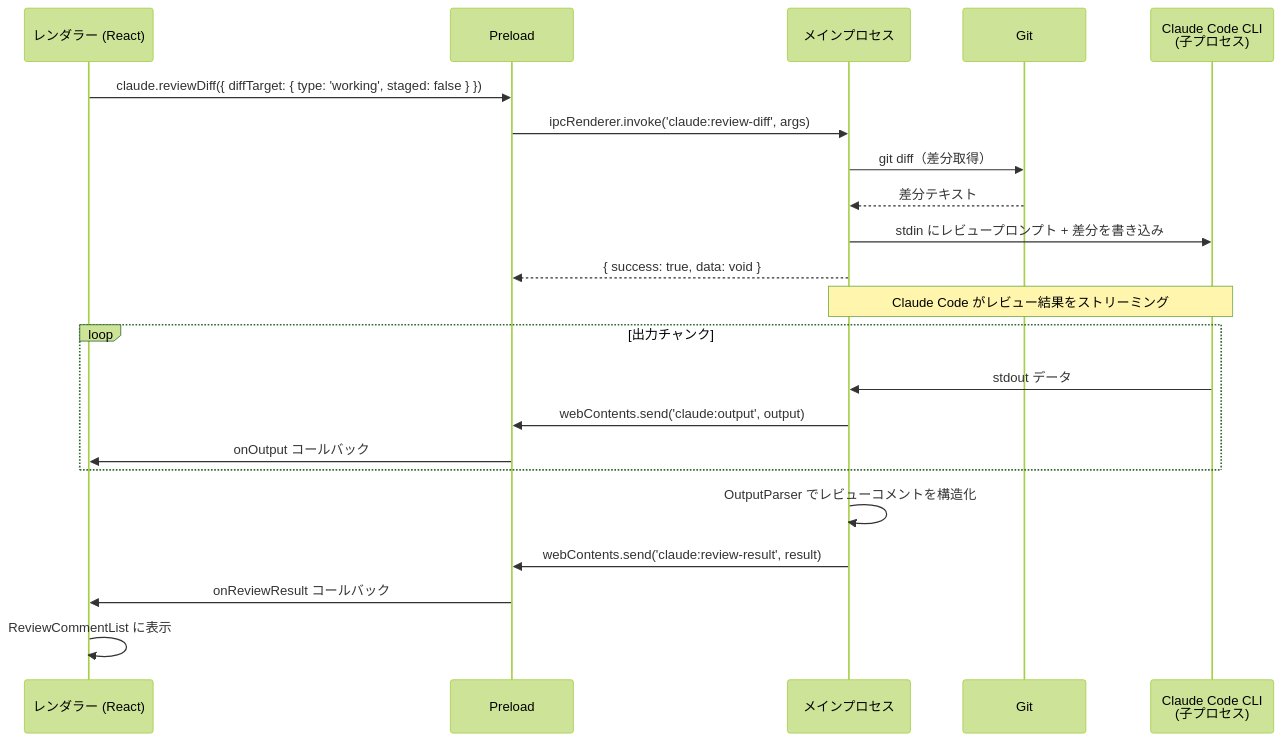
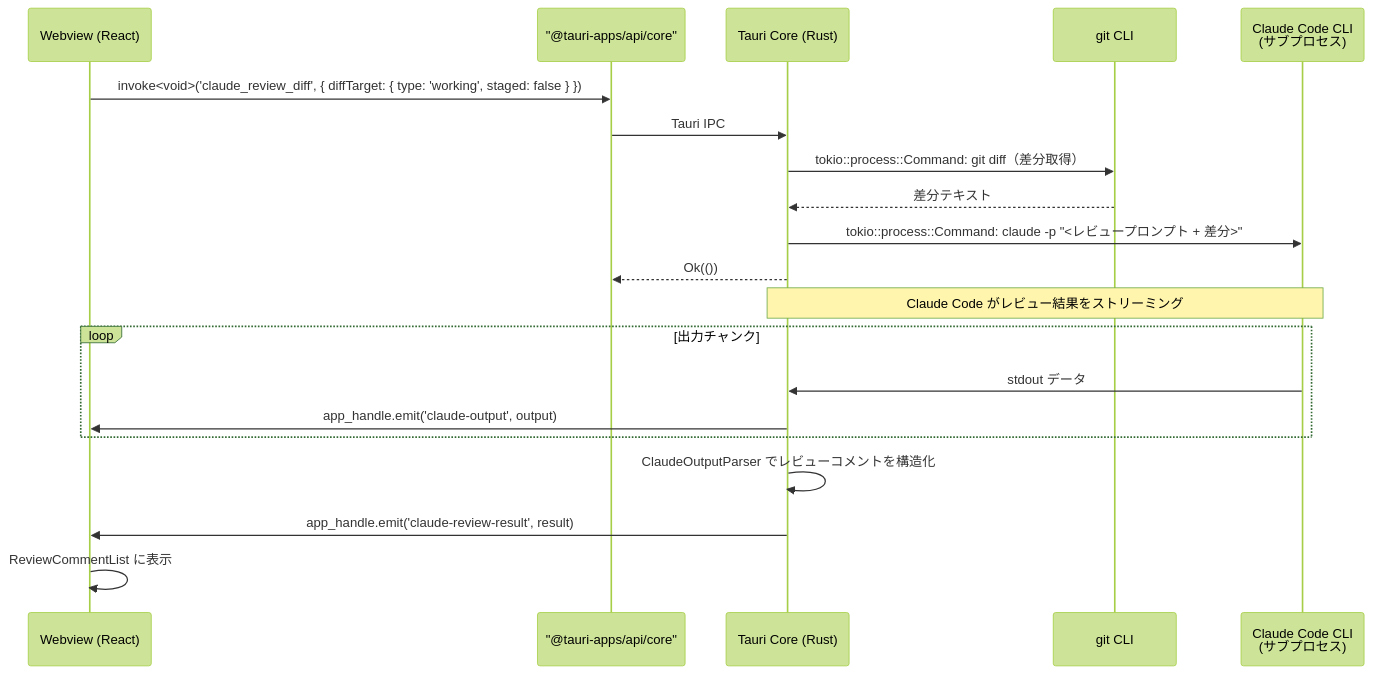
One commit to ToshikiImagawa/Buruma changed the third of 3 diagrams in .sdd/specification/claude-code-integration_spec.md. Above: the diagram before and after it, drawn with Mermaid (forest theme). The commit also changed other lines of this file and 7 other files, not shown here.

````diff
--- a/.sdd/specification/claude-code-integration_spec.md
+++ b/.sdd/specification/claude-code-integration_spec.md
@@ -351,28 +360,26 @@
 ```mermaid
 sequenceDiagram
-    participant Renderer as レンダラー (React)
-    participant Preload as Preload
-    participant Main as メインプロセス
-    participant Git as Git
-    participant CLI as Claude Code CLI<br/>(子プロセス)
+    participant Webview as Webview (React)
+    participant Invoke as "@tauri-apps/api/core"
+    participant Core as Tauri Core (Rust)
+    participant Git as git CLI
+    participant CLI as Claude Code CLI<br/>(サブプロセス)
 
-    Renderer ->> Preload: claude.reviewDiff({ diffTarget: { type: 'working', staged: false } })
-    Preload ->> Main: ipcRenderer.invoke('claude:review-diff', args)
-    Main ->> Git: git diff（差分取得）
-    Git -->> Main: 差分テキスト
-    Main ->> CLI: stdin にレビュープロンプト + 差分を書き込み
-    Main -->> Preload: { success: true, data: void }
+    Webview ->> Invoke: invoke<void>('claude_review_diff', { diffTarget: { type: 'working', staged: false } })
+    Invoke ->> Core: Tauri IPC
+    Core ->> Git: tokio::process::Command: git diff（差分取得）
+    Git -->> Core: 差分テキスト
+    Core ->> CLI: tokio::process::Command: claude -p "<レビュープロンプト + 差分>"
+    Core -->> Invoke: Ok(())
 
-    Note over Main, CLI: Claude Code がレビュー結果をストリーミング
+    Note over Core, CLI: Claude Code がレビュー結果をストリーミング
 
     loop 出力チャンク
-        CLI ->> Main: stdout データ
-        Main ->> Preload: webContents.send('claude:output', output)
-        Preload ->> Renderer: onOutput コールバック
+        CLI ->> Core: stdout データ
+        Core ->> Webview: app_handle.emit('claude-output', output)
     end
 
-    Main ->> Main: OutputParser でレビューコメントを構造化
-    Main ->> Preload: webContents.send('claude:review-result', result)
-    Preload ->> Renderer: onReviewResult コールバック
-    Renderer ->> Renderer: ReviewCommentList に表示
+    Core ->> Core: ClaudeOutputParser でレビューコメントを構造化
+    Core ->> Webview: app_handle.emit('claude-review-result', result)
+    Webview ->> Webview: ReviewCommentList に表示
 ```
````
